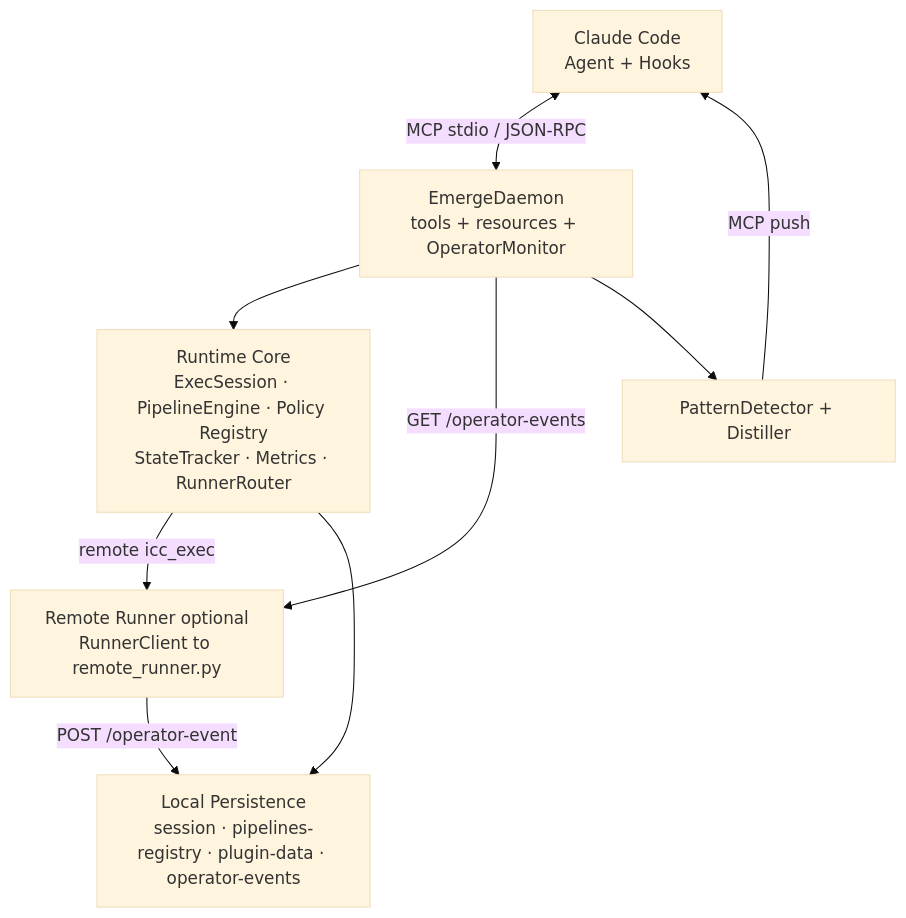
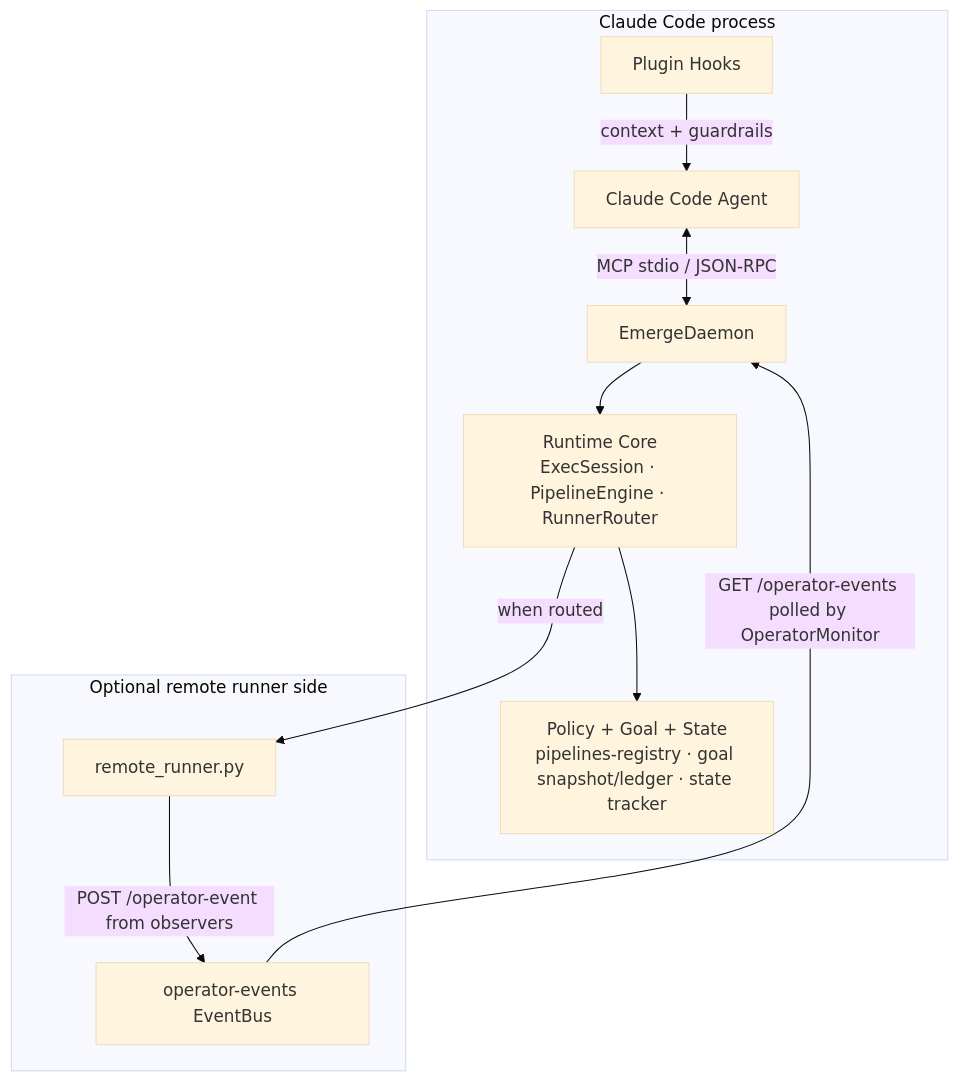
The first of 4 diagrams in README.md (jianzhichun/emerge), drawn with Mermaid (base theme) before and after one commit. The commit also changed other lines of this file and 1 other file, not shown here.

First line of the commit message:
docs: align architecture/data-flow docs with current hook and bridge behavior

````diff
--- a/README.md
+++ b/README.md
@@ -23,18 +23,23 @@
 ```mermaid
 flowchart TB
-  CC[Claude Code<br/>Agent + Hooks]
-  D[EmergeDaemon<br/>tools + resources + OperatorMonitor]
-  C[Runtime Core<br/>ExecSession · PipelineEngine · Policy Registry<br/>StateTracker · Metrics · RunnerRouter]
-  R[Remote Runner optional<br/>RunnerClient to remote_runner.py]
-  P[Local Persistence<br/>session · pipelines-registry · plugin-data · operator-events]
-  X[PatternDetector + Distiller]
+  subgraph ccProcess [Claude Code process]
+    CC[Claude Code Agent]
+    HK[Plugin Hooks]
+    DAEMON[EmergeDaemon]
+    CORE[Runtime Core<br/>ExecSession · PipelineEngine · RunnerRouter]
+    POLICY[Policy + Goal + State<br/>pipelines-registry · goal snapshot/ledger · state tracker]
+  end
 
-  CC <-->|MCP stdio / JSON-RPC| D
-  D --> C
-  C -->|remote icc_exec| R
-  R -->|POST /operator-event| P
-  D -->|GET /operator-events| R
-  D --> X
-  X -->|MCP push| CC
-  C --> P
+  subgraph remoteSide [Optional remote runner side]
+    RUNNER[remote_runner.py]
+    EVENTBUS[operator-events EventBus]
+  end
+
+  CC <-->|MCP stdio / JSON-RPC| DAEMON
+  HK -->|context + guardrails| CC
+  DAEMON --> CORE
+  CORE --> POLICY
+  CORE -->|when routed| RUNNER
+  EVENTBUS -->|GET /operator-events polled by OperatorMonitor| DAEMON
+  RUNNER -->|POST /operator-event from observers| EVENTBUS
 ```
````
